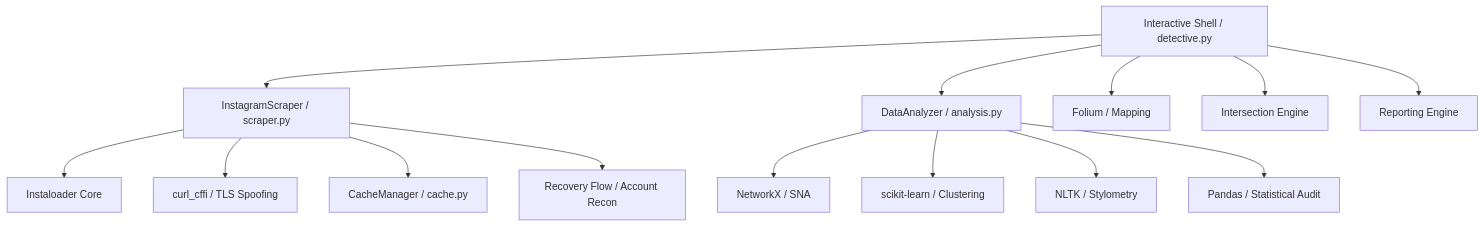
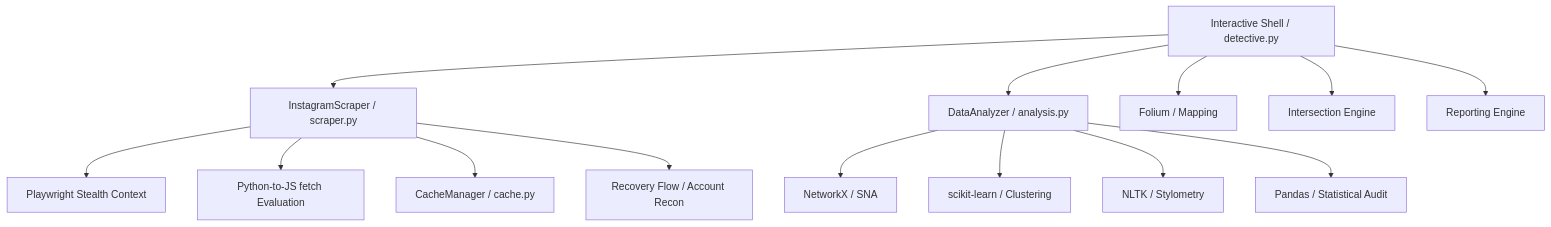
The diagram in DOCUMENTATION.md (shredzwho/IG-Detective), drawn with Mermaid before and after one commit. The commit also changed other lines of this file and 6 other files, not shown here.

````diff
--- a/DOCUMENTATION.md
+++ b/DOCUMENTATION.md
@@ -46,16 +46,16 @@
 ```mermaid
 graph TD
     A[Interactive Shell / detective.py] --> B[InstagramScraper / scraper.py]
     A --> C[DataAnalyzer / analysis.py]
-    B --> D[Instaloader Core]
-    B --> E[curl_cffi / TLS Spoofing]
+    B --> D[Playwright Stealth Context]
+    B --> E[Python-to-JS fetch Evaluation]
     B --> F[CacheManager / cache.py]
     B --> K[Recovery Flow / Account Recon]
     C --> G[NetworkX / SNA]
     C --> H[scikit-learn / Clustering]
     C --> L[NLTK / Stylometry]
     C --> M[Pandas / Statistical Audit]
     A --> I[Folium / Mapping]
     A --> O[Intersection Engine]
     A --> J[Reporting Engine]
 ```
````
